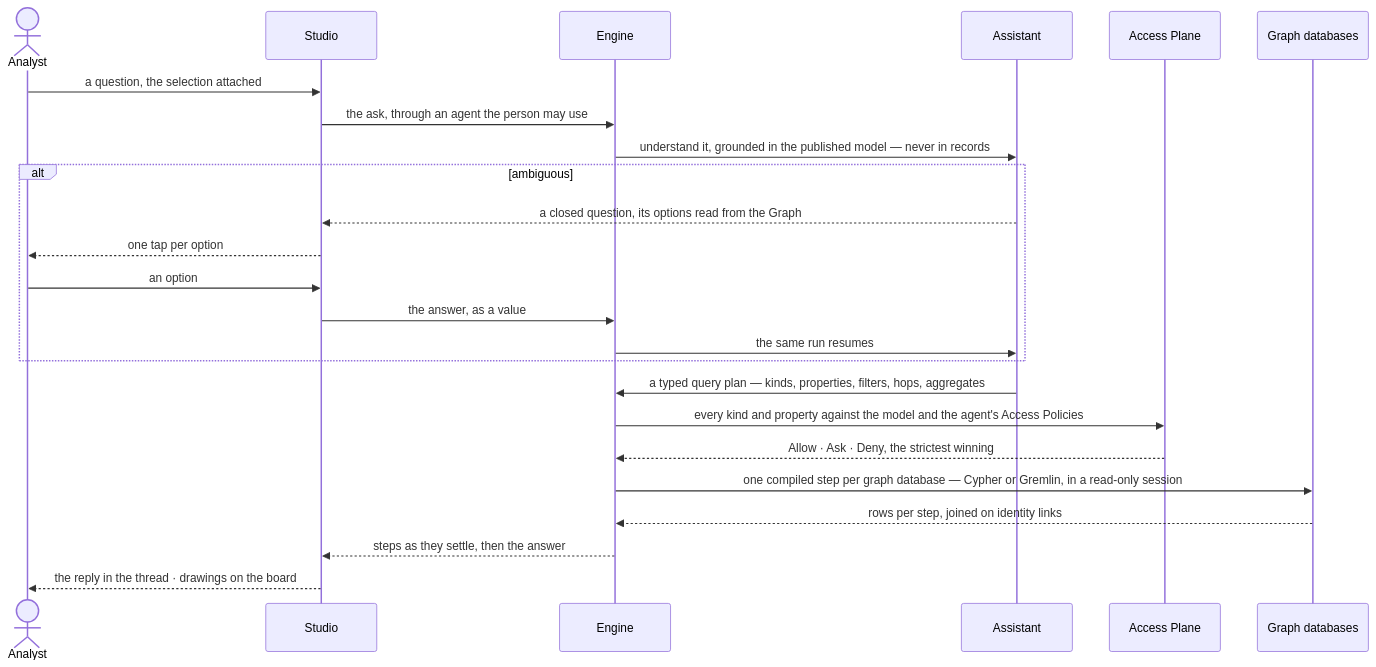
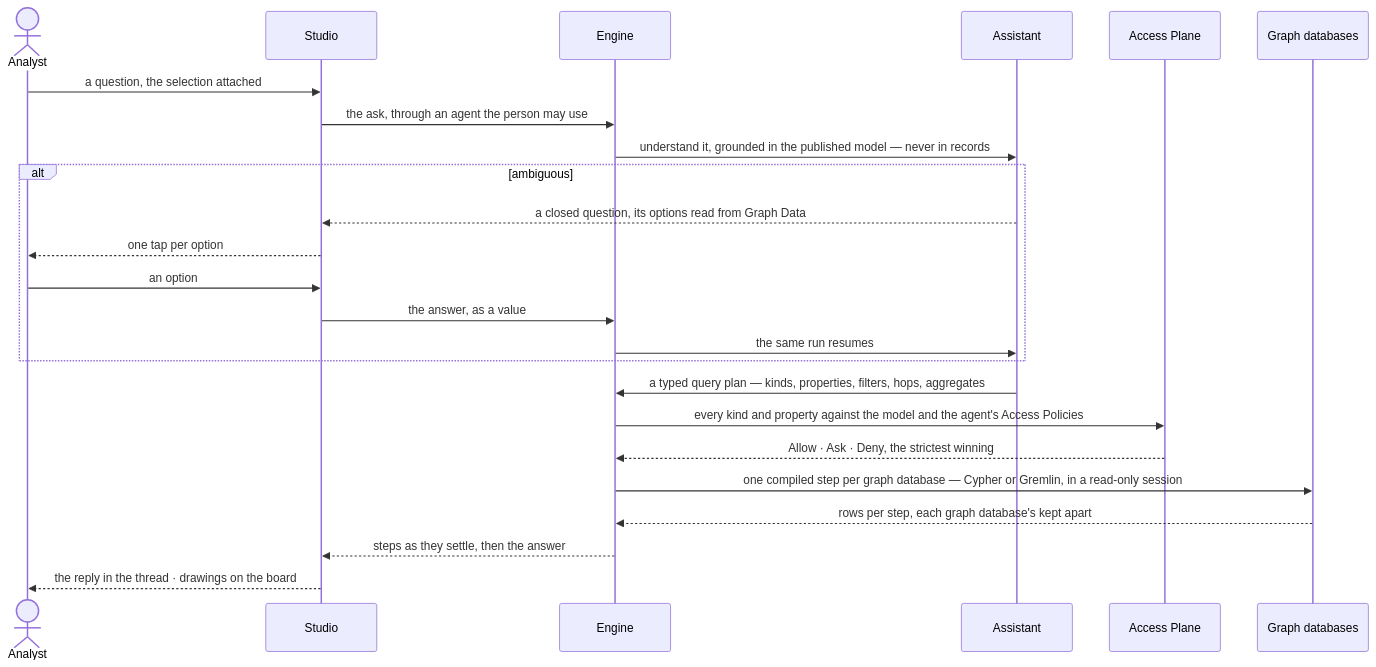
The second of 2 diagrams in specs/capabilities/explore/features/EX-F03-ask-a-question/feature.md (invana/invana), drawn with Mermaid before and after one commit. The commit also changed other lines of this file and 456 other files, not shown here.

````diff
--- a/specs/capabilities/explore/features/EX-F03-ask-a-question/feature.md
+++ b/specs/capabilities/explore/features/EX-F03-ask-a-question/feature.md
@@ -60,26 +61,26 @@
 ```mermaid
 sequenceDiagram
   actor P as Analyst
   participant S as Studio
   participant E as Engine
   participant A as Assistant
   participant X as Access Plane
   participant D as Graph databases
   P->>S: a question, the selection attached
   S->>E: the ask, through an agent the person may use
   E->>A: understand it, grounded in the published model — never in records
   alt ambiguous
-    A-->>S: a closed question, its options read from the Graph
+    A-->>S: a closed question, its options read from Graph Data
     S-->>P: one tap per option
     P->>S: an option
     S->>E: the answer, as a value
     E->>A: the same run resumes
   end
   A->>E: a typed query plan — kinds, properties, filters, hops, aggregates
   E->>X: every kind and property against the model and the agent's Access Policies
   X-->>E: Allow · Ask · Deny, the strictest winning
   E->>D: one compiled step per graph database — Cypher or Gremlin, in a read-only session
-  D-->>E: rows per step, joined on identity links
+  D-->>E: rows per step, each graph database's kept apart
   E-->>S: steps as they settle, then the answer
   S-->>P: the reply in the thread · drawings on the board
 ```
````
